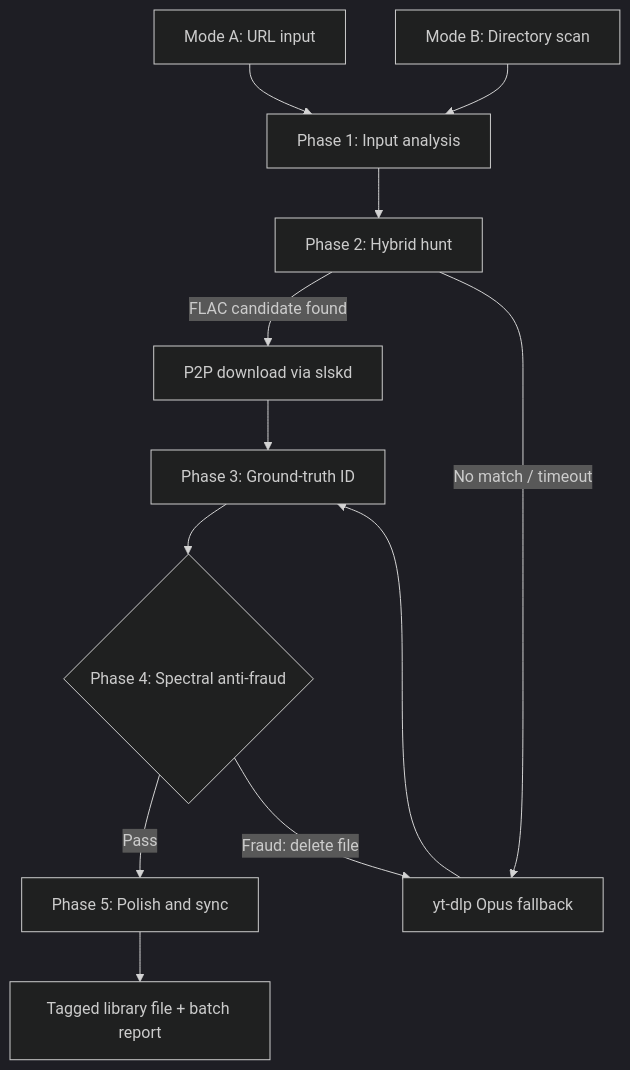
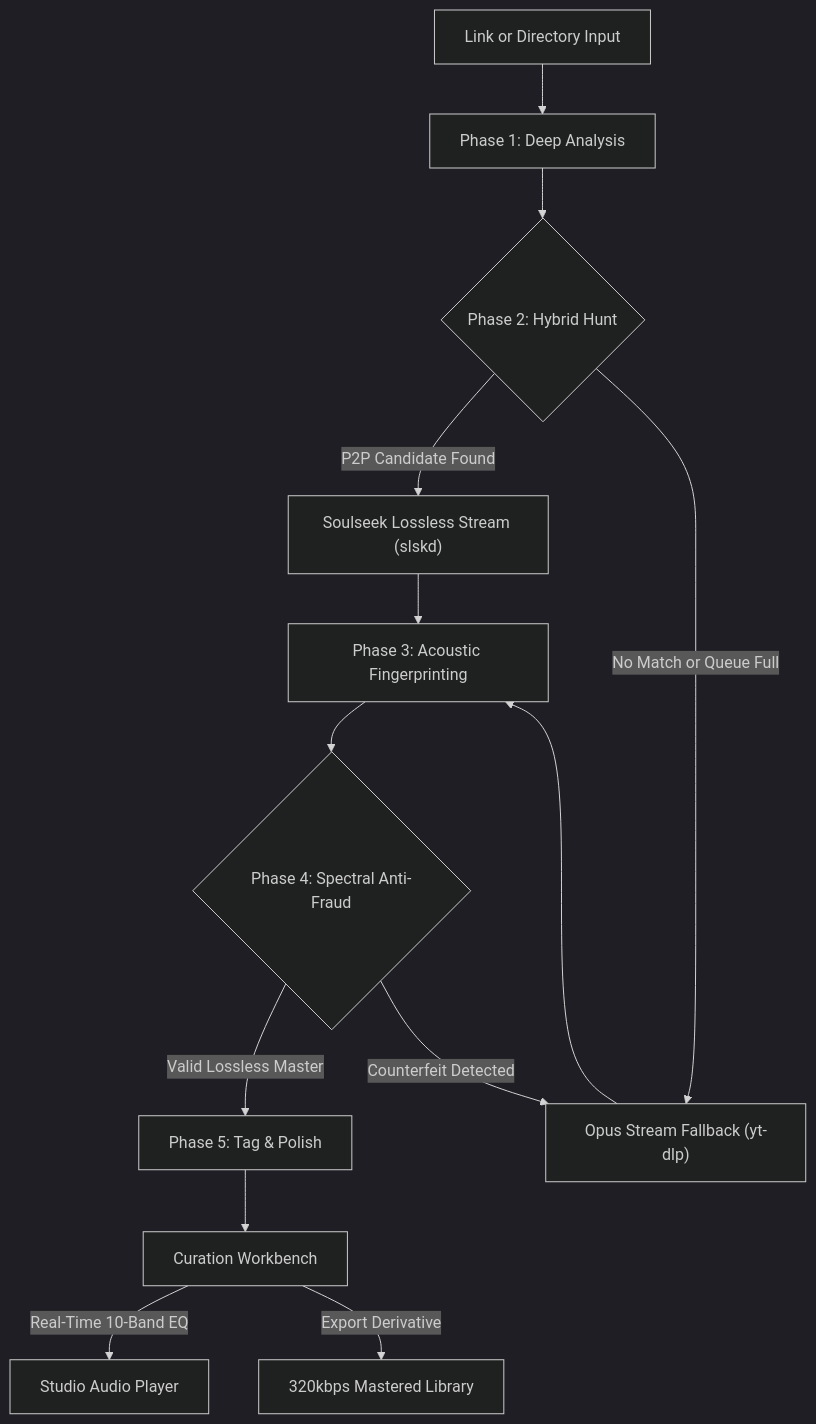
One commit to abdullah-binmadhi/OmniRip changed the diagram in README.md. Above: the diagram before and after it, drawn with Mermaid (dark theme). The commit also changed other lines of this file and 26 other files, not shown here.

First line of the commit message:
feat(workbench): live 10-band studio EQ playback, UI layout overhaul, and keynote README showcase

````diff
--- a/README.md
+++ b/README.md
@@ -113,14 +82,15 @@
 ```mermaid
 graph TD
-    A[Mode A: URL input] --> P1[Phase 1: Input analysis]
-    B[Mode B: Directory scan] --> P1
-    P1 --> P2[Phase 2: Hybrid hunt]
-    P2 -->|FLAC candidate found| S1[P2P download via slskd]
-    P2 -->|No match / timeout| S2[yt-dlp Opus fallback]
-    S1 --> P3[Phase 3: Ground-truth ID]
+    A["Link or Directory Input"] --> P1["Phase 1: Deep Analysis"]
+    P1 --> P2{"Phase 2: Hybrid Hunt"}
+    P2 -->|"P2P Candidate Found"| S1["Soulseek Lossless Stream (slskd)"]
+    P2 -->|"No Match or Queue Full"| S2["Opus Stream Fallback (yt-dlp)"]
+    S1 --> P3["Phase 3: Acoustic Fingerprinting"]
     S2 --> P3
-    P3 --> P4{Phase 4: Spectral anti-fraud}
-    P4 -->|Pass| P5[Phase 5: Polish and sync]
-    P4 -->|Fraud: delete file| S2
-    P5 --> D[Tagged library file + batch report]
+    P3 --> P4{"Phase 4: Spectral Anti-Fraud"}
+    P4 -->|"Valid Lossless Master"| P5["Phase 5: Tag & Polish"]
+    P4 -->|"Counterfeit Detected"| S2
+    P5 --> WB["Curation Workbench"]
+    WB -->|"Real-Time 10-Band EQ"| PL["Studio Audio Player"]
+    WB -->|"Export Derivative"| OUT["320kbps Mastered Library"]
 ```
````
